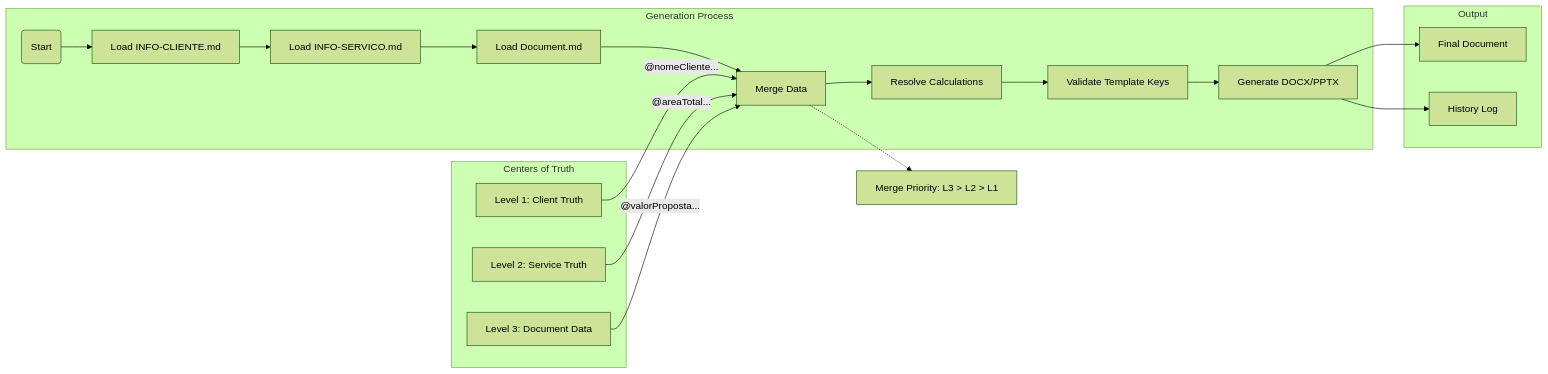
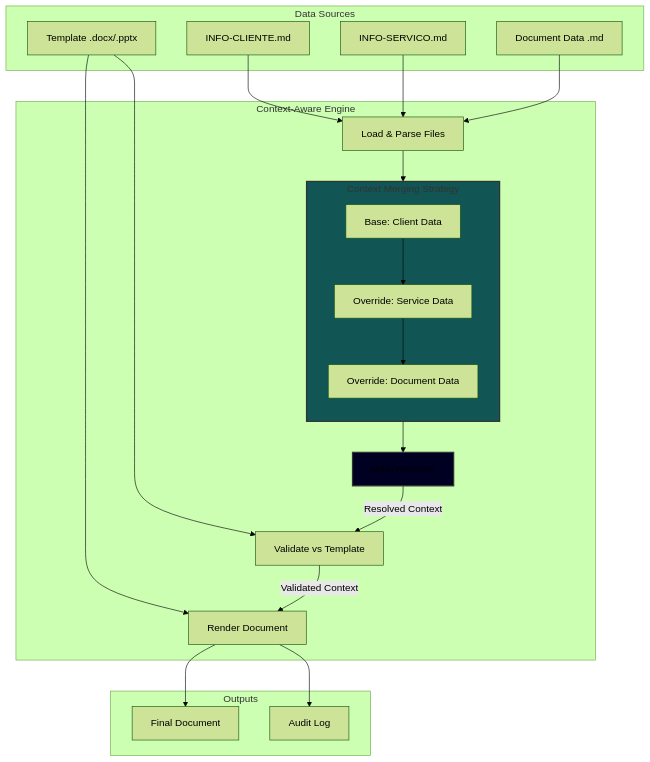
Before and after one commit to LAMP-LUCAS/fotonSystem: the third of 6 diagrams in docs/Pipelines.md, drawn with Mermaid (forest theme). The commit also changed other lines of this file and 6 other files, not shown here.

````diff
--- a/docs/Pipelines.md
+++ b/docs/Pipelines.md
@@ -95,33 +95,47 @@
 ```mermaid
-flowchart LR
-    subgraph Context [Centers of Truth]
-        L1[Level 1: Client Truth]
-        L2[Level 2: Service Truth]
-        L3[Level 3: Document Data]
+flowchart TD
+    subgraph Inputs [Data Sources]
+        L1[INFO-CLIENTE.md]
+        L2[INFO-SERVICO.md]
+        L3[Document Data .md]
+        TPL[Template .docx/.pptx]
     end
 
-    subgraph Process [Generation Process]
-        Start(Start) --> LoadL1[Load INFO-CLIENTE.md]
-        LoadL1 --> LoadL2[Load INFO-SERVICO.md]
-        LoadL2 --> LoadL3[Load Document.md]
-        LoadL3 --> Merge[Merge Data]
-        Merge --> Resolve[Resolve Calculations]
-        Resolve --> Validate[Validate Template Keys]
-        Validate --> Generate[Generate DOCX/PPTX]
+    subgraph Engine [Context-Aware Engine]
+        Load[Load & Parse Files]
+        
+        subgraph Merging [Context Merging Strategy]
+            direction TB
+            P1[Base: Client Data]
+            P2[Override: Service Data]
+            P3[Override: Document Data]
+            P1 --> P2 --> P3
+        end
+        
+        Math[Math Resolver]
+        Val[Validate vs Template]
+        Render[Render Document]
     end
 
-    subgraph Output
-        Doc[Final Document]
-        Log[History Log]
+    subgraph Outputs
+        File[Final Document]
+        Log[Audit Log]
     end
 
-    L1 -- @nomeCliente... --> Merge
-    L2 -- @areaTotal... --> Merge
-    L3 -- @valorProposta... --> Merge
+    L1 --> Load
+    L2 --> Load
+    L3 --> Load
+    TPL --> Val
+    TPL --> Render
+
+    Load --> P1
+    P3 --> Math
+    Math --> |Resolved Context| Val
+    Val --> |Validated Context| Render
     
-    note[Merge Priority: L3 > L2 > L1]
-    Merge -.-> note
+    Render --> File
+    Render --> Log
 
-    Generate --> Doc
-    Generate --> Log
+    style Merging fill:#155,stroke:#333,stroke-width:2px
+    style Math fill:#002,stroke:#333,stroke-width:2px
 ```
````
